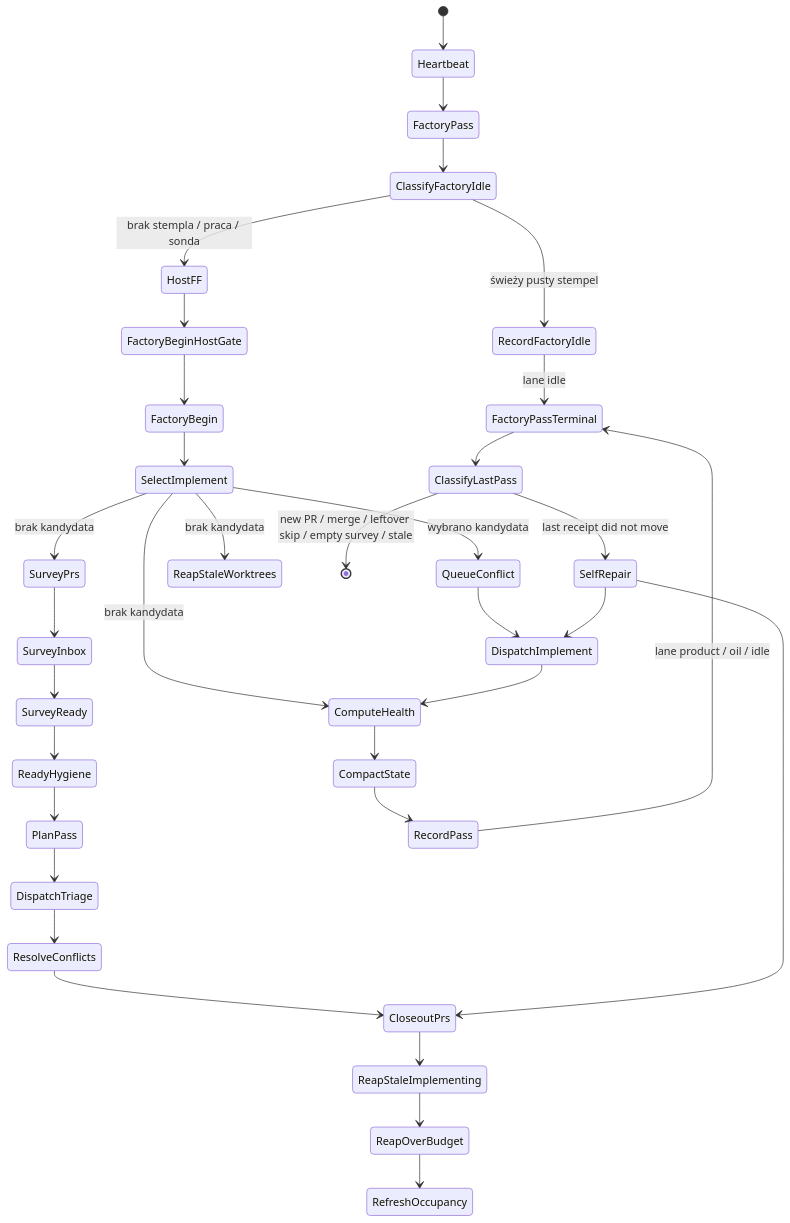
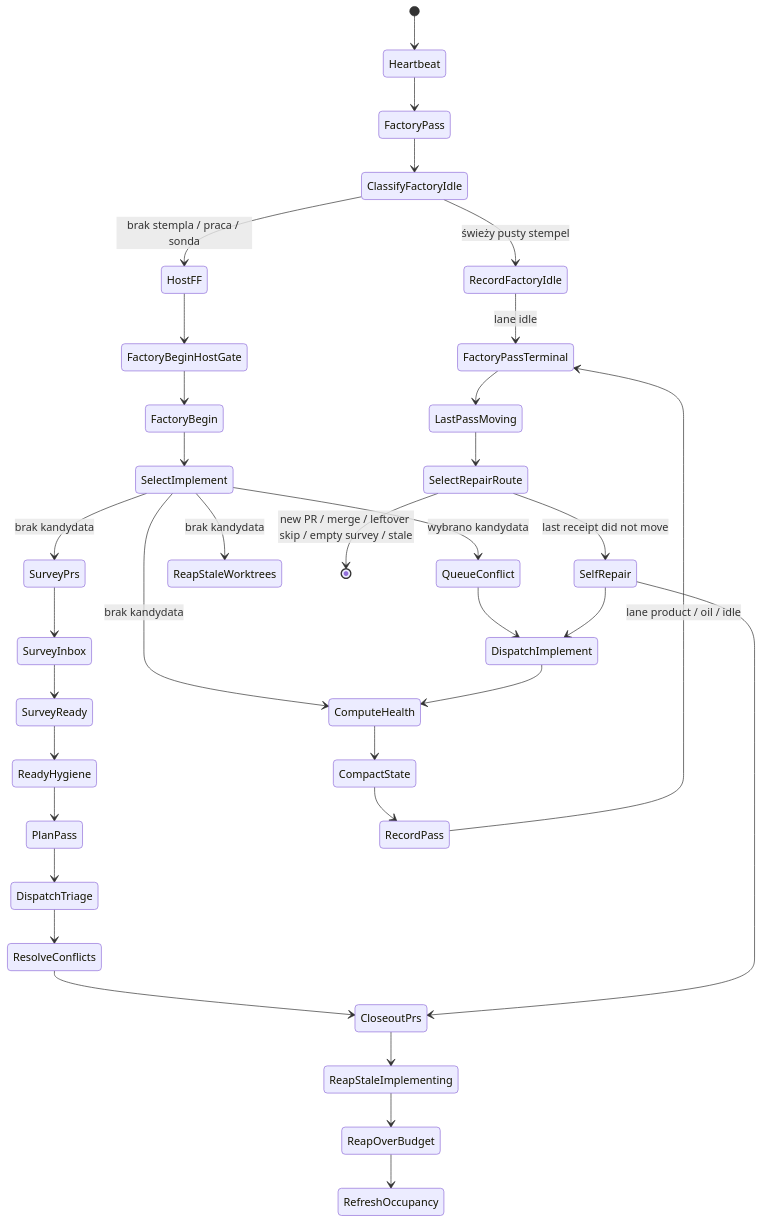
The first of 43 diagrams in README.md (mikolaj92/lokay), drawn with Mermaid before and after one commit. The commit also changed other lines of this file and 15 other files, not shown here.

First line of the commit message:
fix: split last-pass gate into two small Fala processes

````diff
--- a/README.md
+++ b/README.md
@@ -78,36 +78,37 @@
 ```mermaid
 stateDiagram-v2
     [*] --> Heartbeat
     Heartbeat --> FactoryPass
     FactoryPass --> ClassifyFactoryIdle
     ClassifyFactoryIdle --> RecordFactoryIdle: świeży pusty stempel
     ClassifyFactoryIdle --> HostFF: brak stempla / praca / sonda
     HostFF --> FactoryBeginHostGate
     FactoryBeginHostGate --> FactoryBegin
     FactoryBegin --> SelectImplement
     SelectImplement --> QueueConflict: wybrano kandydata
     SelectImplement --> ComputeHealth: brak kandydata
     SelectImplement --> SurveyPrs: brak kandydata
     SelectImplement --> ReapStaleWorktrees: brak kandydata
     QueueConflict --> DispatchImplement
     DispatchImplement --> ComputeHealth
     SurveyPrs --> SurveyInbox
     SurveyInbox --> SurveyReady
     SurveyReady --> ReadyHygiene
     ReadyHygiene --> PlanPass
     PlanPass --> DispatchTriage
     DispatchTriage --> ResolveConflicts
     ResolveConflicts --> CloseoutPrs
     CloseoutPrs --> ReapStaleImplementing
     ReapStaleImplementing --> ReapOverBudget
     ReapOverBudget --> RefreshOccupancy
     ComputeHealth --> CompactState
     CompactState --> RecordPass
     RecordPass --> FactoryPassTerminal: lane product / oil / idle
     RecordFactoryIdle --> FactoryPassTerminal: lane idle
-    FactoryPassTerminal --> ClassifyLastPass
-    ClassifyLastPass --> [*]: new PR / merge / leftover skip / empty survey / stale
-    ClassifyLastPass --> SelfRepair: last receipt did not move
+    FactoryPassTerminal --> LastPassMoving
+    LastPassMoving --> SelectRepairRoute
+    SelectRepairRoute --> [*]: new PR / merge / leftover skip / empty survey / stale
+    SelectRepairRoute --> SelfRepair: last receipt did not move
     SelfRepair --> CloseoutPrs
     SelfRepair --> DispatchImplement
 ```
````
